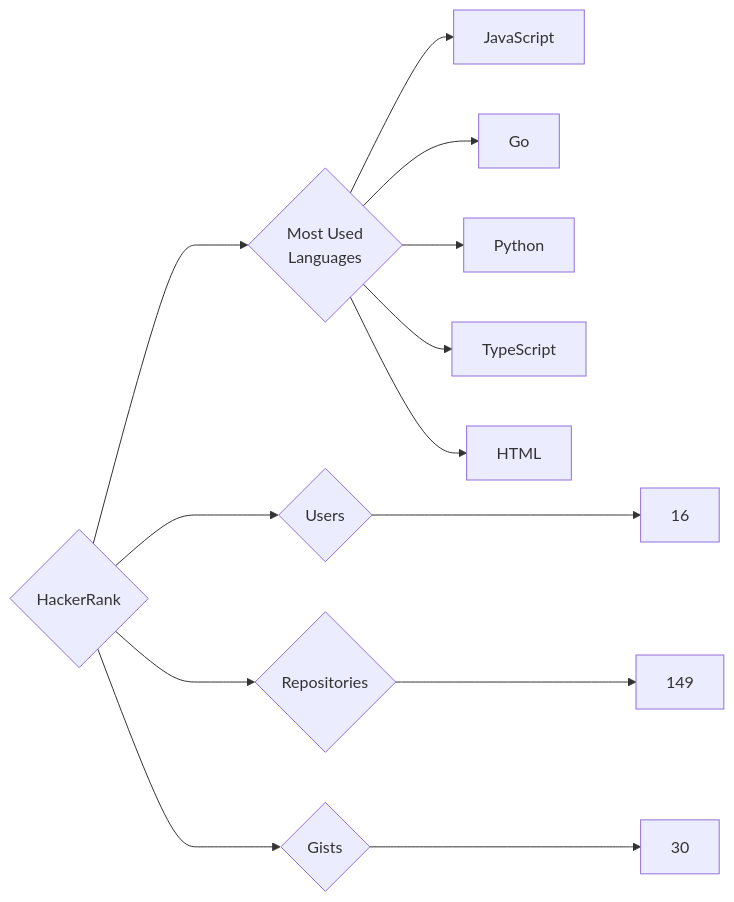
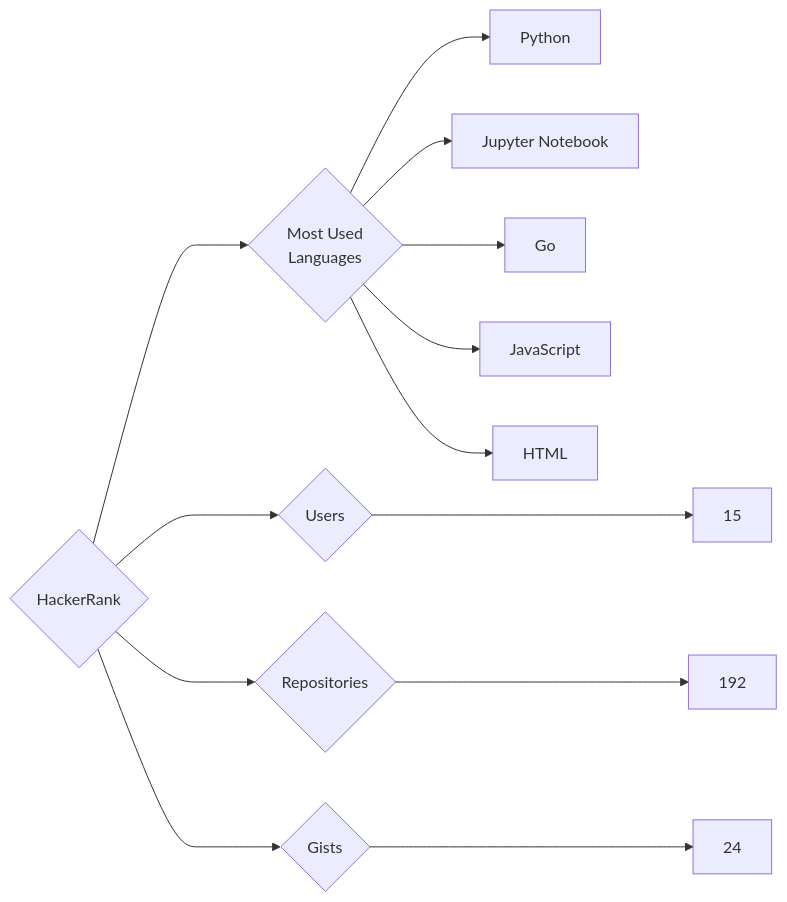
The diagram in targets/HackerRank/README.md (trickest/insiders), drawn with Mermaid before and after one commit. The commit also changed 1120 other files, not shown here.

````diff
--- a/targets/HackerRank/README.md
+++ b/targets/HackerRank/README.md
@@ -3,13 +3,13 @@
 ```mermaid
 graph LR
 COMPANY_NAME{HackerRank}
-COMPANY_NAME ---> U{Users} ---> UN[16]
-COMPANY_NAME ---> R{Repositories} ---> RN[149]
-COMPANY_NAME ---> G{Gists} ---> GN[30]
+COMPANY_NAME ---> U{Users} ---> UN[15]
+COMPANY_NAME ---> R{Repositories} ---> RN[192]
+COMPANY_NAME ---> G{Gists} ---> GN[24]
 COMPANY_NAME ---> ML{Most Used<br>Languages}
+ML --> Python[Python]
+ML --> Jupyter_Notebook[Jupyter Notebook]
+ML --> Go[Go]
 ML --> JavaScript[JavaScript]
-ML --> Go[Go]
-ML --> Python[Python]
-ML --> TypeScript[TypeScript]
 ML --> HTML[HTML]
 ```
````
